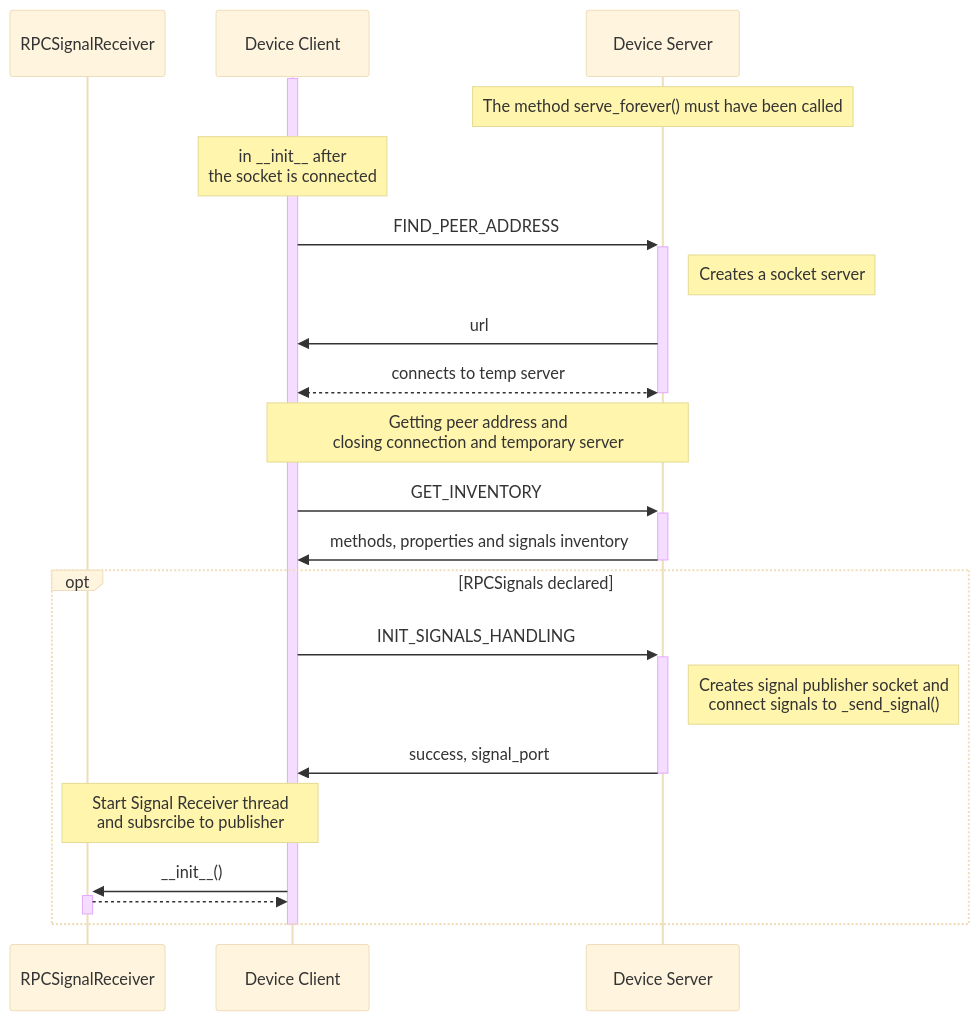
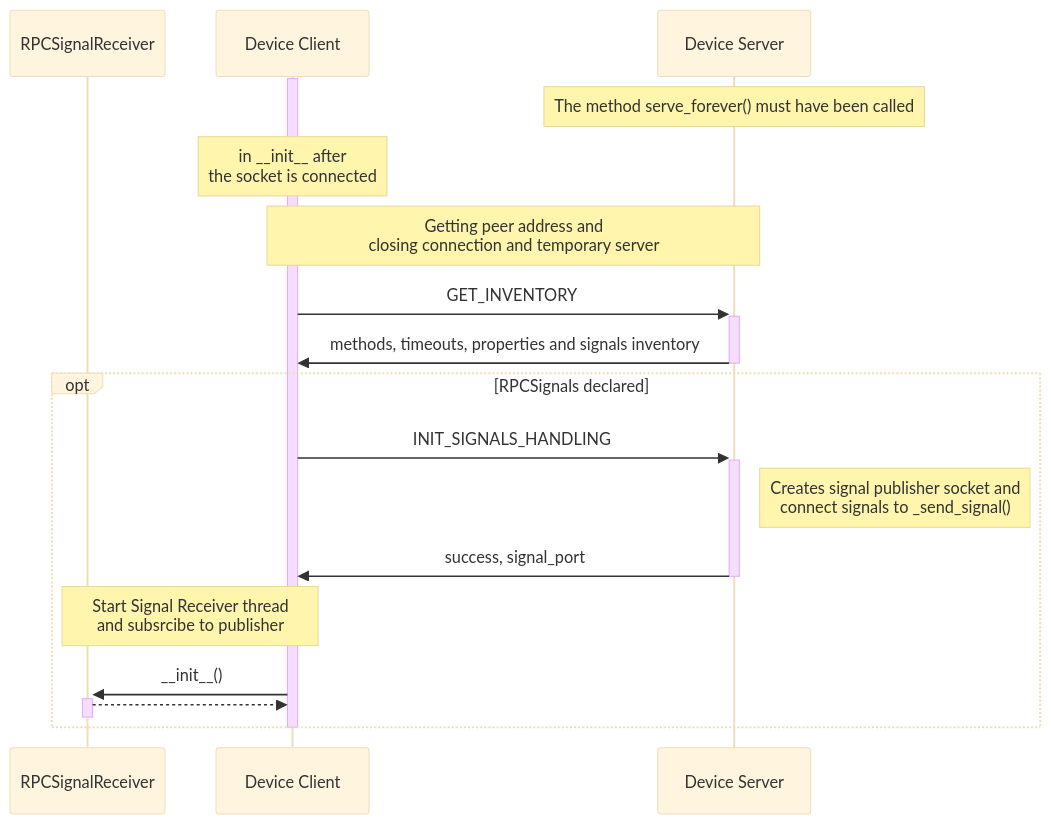
Before and after one commit to romi/Plant-Imager3: the second of 6 diagrams in docs/developer/RPC.md, drawn with Mermaid (base theme). The commit also changed 1 other file, not shown here.

Commit message:
Remove `FIND_PEER_ADDRESS` logic and simplify peer address handling in `RPC.py`
- Removed the `FIND_PEER_ADDRESS` event and its associated logic, including `_handle_find_peer_address` and related client-server interactions.
- Updated peer address handling by extracting protocol and address directly from the `url`, removing the need for temporary sockets.
- Adjusted `RPCSignalReceiver` initialization to use the simplified address and port retrieval logic.
- Updated `RPC.md` documentation to reflect the removal of `FIND_PEER_ADDRESS` and the streamlined connection workflow.

````diff
--- a/docs/developer/RPC.md
+++ b/docs/developer/RPC.md
@@ -101,32 +101,28 @@
 ```mermaid
 sequenceDiagram
     participant signal_recv as RPCSignalReceiver
     participant client as Device Client
     participant server as Device Server
     activate client
     Note over server: The method serve_forever() must have been called
     Note over client: in __init__ after <br/> the socket is connected
-    client->>+server: FIND_PEER_ADDRESS
-    Note right of server: Creates a socket server
-    server->>client: url
-    client<<-->>server: connects to temp server
-    deactivate server
+
     
     
     Note over client,server: Getting peer address and <br/> closing connection and temporary server
     client->>+server: GET_INVENTORY
-    server->>-client: methods, properties and signals inventory
+    server->>-client: methods, timeouts, properties and signals inventory
 
     opt RPCSignals declared
     client->>+server: INIT_SIGNALS_HANDLING
     Note right of server: Creates signal publisher socket and <br/> connect signals to _send_signal()
     server->>-client: success, signal_port
     Note over signal_recv, client: Start Signal Receiver thread <br/> and subsrcibe to publisher
     client->>+signal_recv: __init__()
     signal_recv-->>-client: 
 
     end
 
     deactivate client
 
 ```
````
